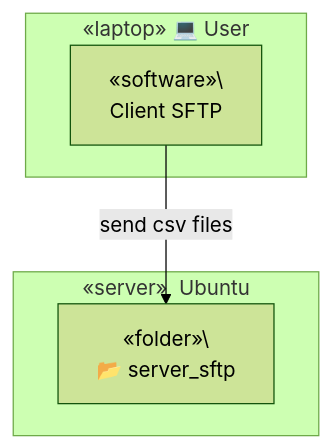
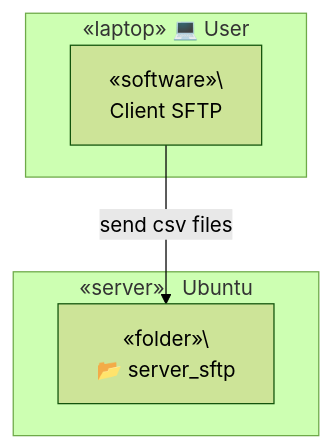
The second of 4 diagrams in server_sftp/README.md (TrulyDigital/DATA_STREET), drawn with Mermaid (forest theme) before and after one commit.

Commit message:
update: server_sftp README.md

````diff
--- a/server_sftp/README.md
+++ b/server_sftp/README.md
@@ -14,13 +14,13 @@
 ```mermaid
 graph TD
     
     subgraph Container_A [«laptop» 💻 User]
         A1[«software»\<br> Client SFTP]
     end
 
-    subgraph Container_B [«server»&nbsp;&nbsp;Ubuntu]
+    subgraph Container_B [«server»&nbsp;&nbsp;&nbsp;Ubuntu]
         B1[«folder»\<br/> 📂 server_sftp]
     end
     
     A1 -- send csv files --> B1
 ```
````
